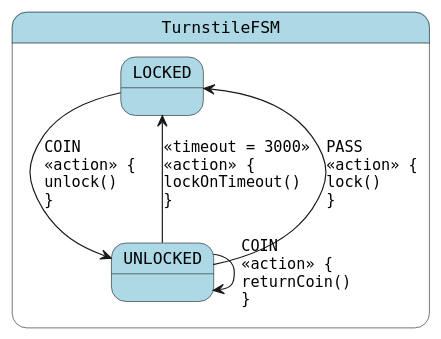
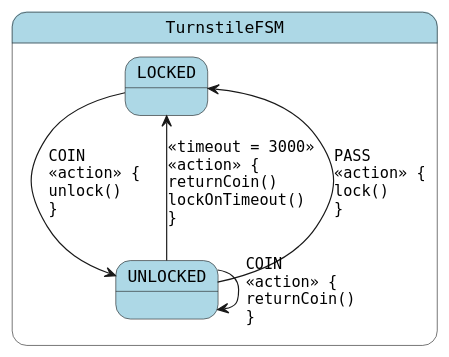
One commit to open-jumpco/kfsm-android changed the diagram in app/generated/turnstile.plantuml. Above: the diagram before and after it, drawn with PlantUML. The commit also changed 5 other files, not shown here.

```diff
--- a/app/generated/turnstile.plantuml
+++ b/app/generated/turnstile.plantuml
@@ -1,13 +1,13 @@
 @startuml
 skinparam StateFontName Helvetica
 skinparam defaultFontName Monospaced
 skinparam state {
     BackgroundColor LightBlue
 }
 state TurnstileFSM {
 LOCKED --> UNLOCKED : COIN\l<<action>> {\lunlock()\l}
-UNLOCKED --> LOCKED : <<timeout = 3000>>\l<<action>> {\llockOnTimeout()\l}
+UNLOCKED --> LOCKED : <<timeout = 3000>>\l<<action>> {\lreturnCoin()\llockOnTimeout()\l}
 UNLOCKED --> LOCKED : PASS\l<<action>> {\llock()\l}
 UNLOCKED --> UNLOCKED : COIN\l<<action>> {\lreturnCoin()\l}
 }
 @enduml
```
